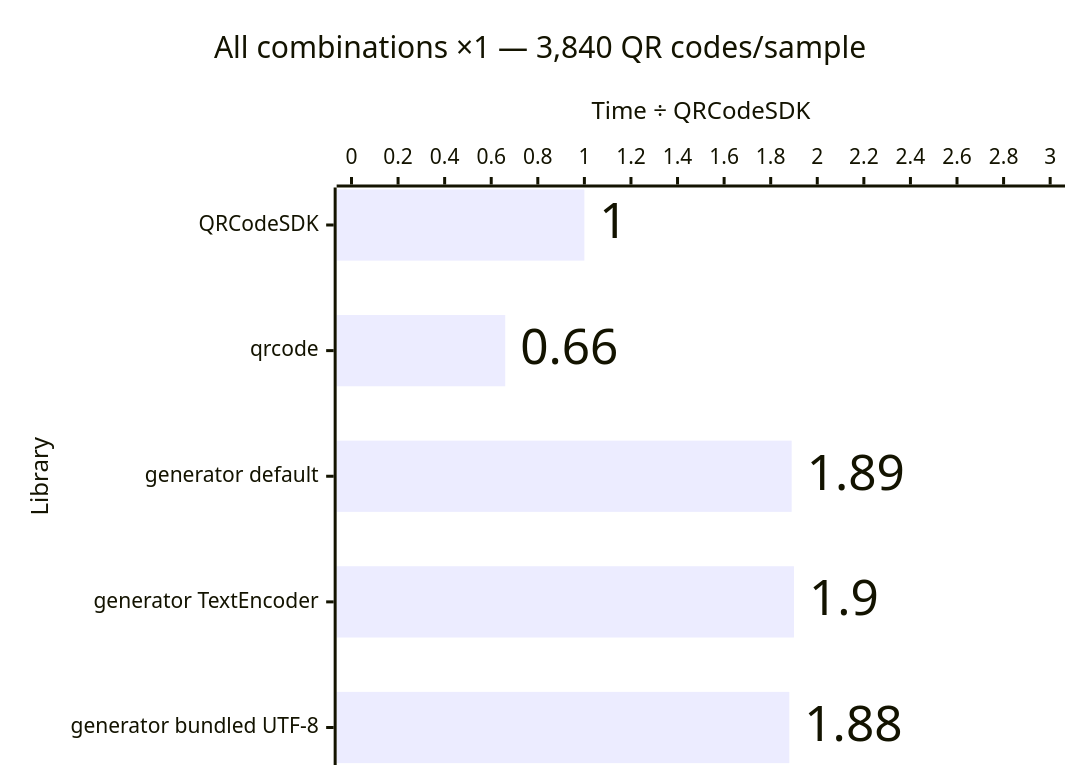
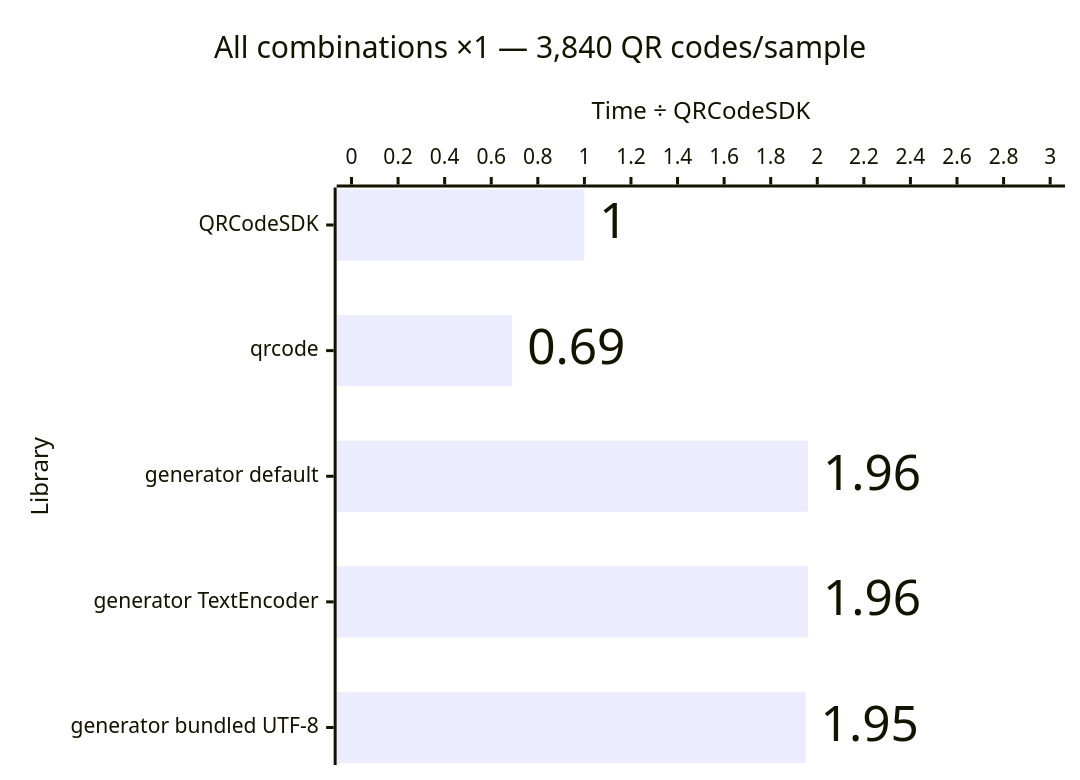
One commit to Dafnik/qrcodesdk changed diagram 11 of 11 in apps/docs/src/content/docs/learn/performance.md. Above: the diagram before and after it, drawn with Mermaid. The commit also changed other lines of this file and 23 other files, not shown here.

````diff
--- a/apps/docs/src/content/docs/learn/performance.md
+++ b/apps/docs/src/content/docs/learn/performance.md
@@ -242,15 +241,15 @@
 ```mermaid
 ---
 config:
   xyChart:
     showDataLabel: true
     showDataLabelOutsideBar: true
 ---
 xychart horizontal
   accTitle: SVG generation: All combinations ×1 — 3,840 QR codes/sample
-  accDescr: Relative median time compared with QRCodeSDK. QRCodeSDK 1.00 times, qrcode 0.66 times, generator default 1.89 times, generator TextEncoder 1.90 times, generator bundled UTF-8 1.88 times. Lower is better.
+  accDescr: Relative median time compared with QRCodeSDK. QRCodeSDK 1.00 times, qrcode 0.69 times, generator default 1.96 times, generator TextEncoder 1.96 times, generator bundled UTF-8 1.95 times. Lower is better.
   title "All combinations ×1 — 3,840 QR codes/sample"
   x-axis "Library" ["QRCodeSDK", "qrcode", "generator default", "generator TextEncoder", "generator bundled UTF-8"]
   y-axis "Time ÷ QRCodeSDK" 0 --> 3.0
-  bar [1.00, 0.66, 1.89, 1.90, 1.88]
+  bar [1.00, 0.69, 1.96, 1.96, 1.95]
 ```
````
